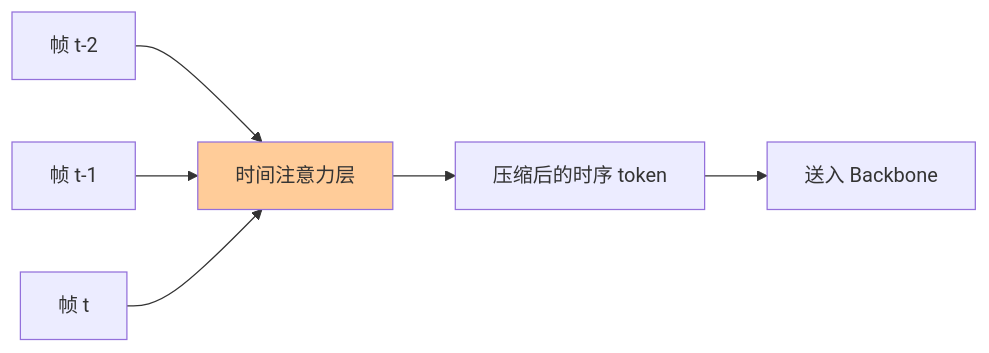
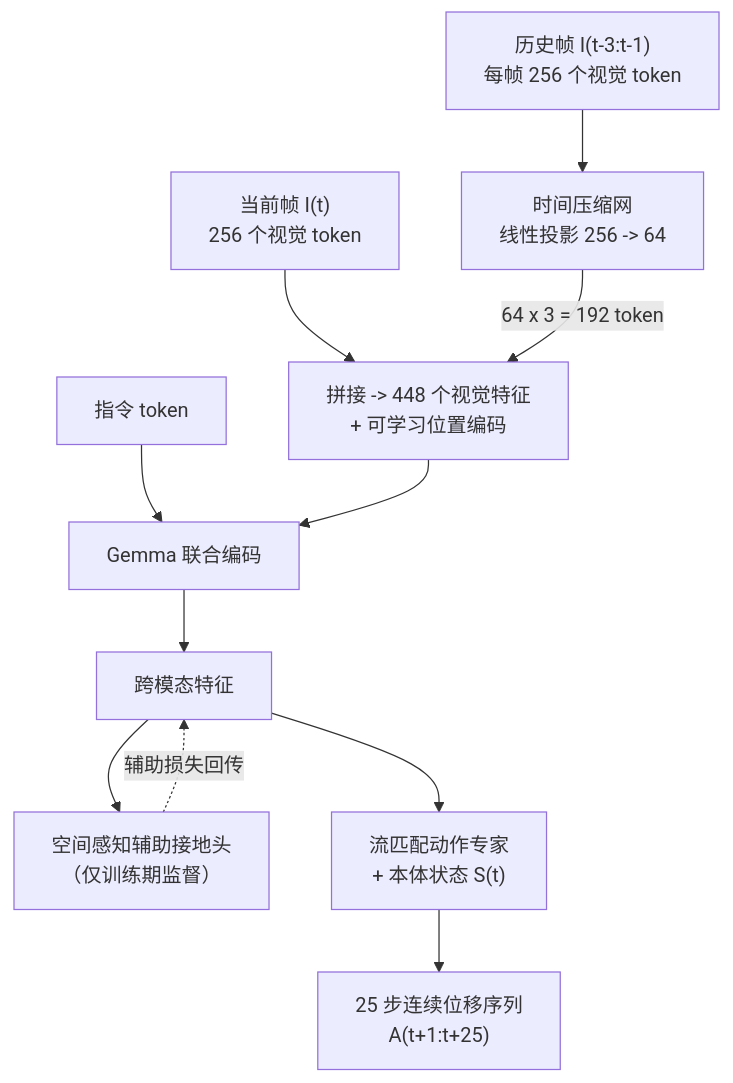
One commit to Qxy661/UAV-WM-VLA-Learning changed the fourth of 6 diagrams in docs/03-VLA专题/02-无人机VLA模型.md. Above: the diagram before and after it, drawn with Mermaid. The commit also changed other lines of this file and 53 other files, not shown here.

````diff
--- a/docs/03-VLA专题/02-无人机VLA模型.md
+++ b/docs/03-VLA专题/02-无人机VLA模型.md
@@ -245,10 +216,13 @@
 ```mermaid
-graph LR
-    A["帧 t-2"] --> D["时间注意力层"]
-    B["帧 t-1"] --> D
-    C["帧 t"] --> D
-    D --> E["压缩后的时序 token"]
-    E --> F["送入 Backbone"]
-    
-    style D fill:#ffcc99
+graph TB
+    A["历史帧 I(t-3:t-1)<br/>每帧 256 个视觉 token"] --> B["时间压缩网<br/>线性投影 256 -> 64"]
+    C["当前帧 I(t)<br/>256 个视觉 token"] --> E
+    B -->|"64 x 3 = 192 token"| E["拼接 -> 448 个视觉特征<br/>+ 可学习位置编码"]
+    D["指令 token"] --> F["Gemma 联合编码"]
+    E --> F
+    F --> G["跨模态特征"]
+    G --> H["空间感知辅助接地头<br/>（仅训练期监督）"]
+    G --> I["流匹配动作专家<br/>+ 本体状态 S(t)"]
+    H -.->|"辅助损失回传"| G
+    I --> J["25 步连续位移序列<br/>A(t+1:t+25)"]
 ```
````
